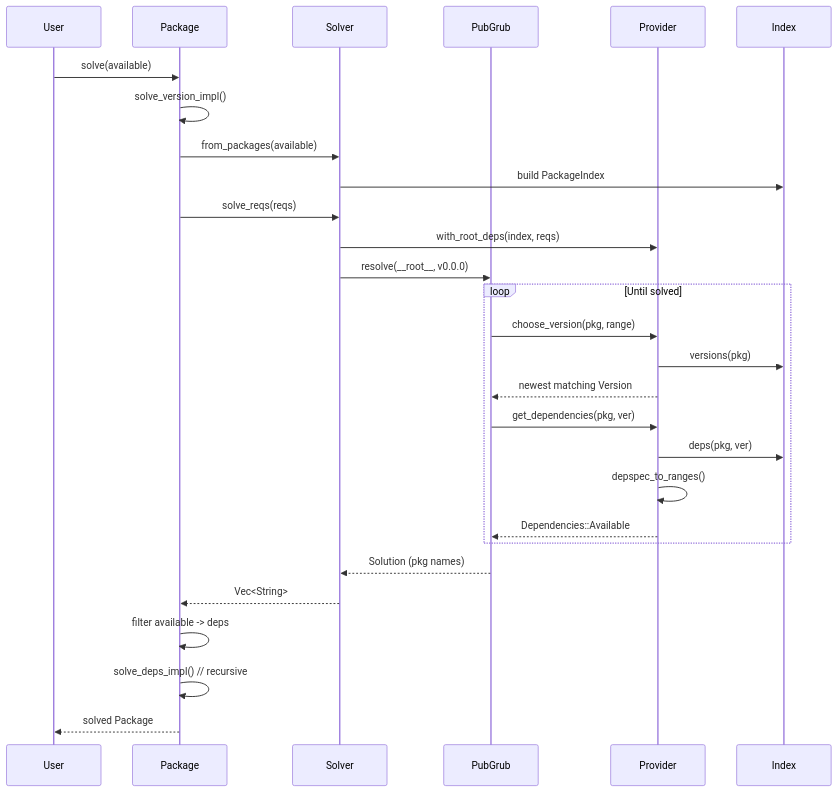
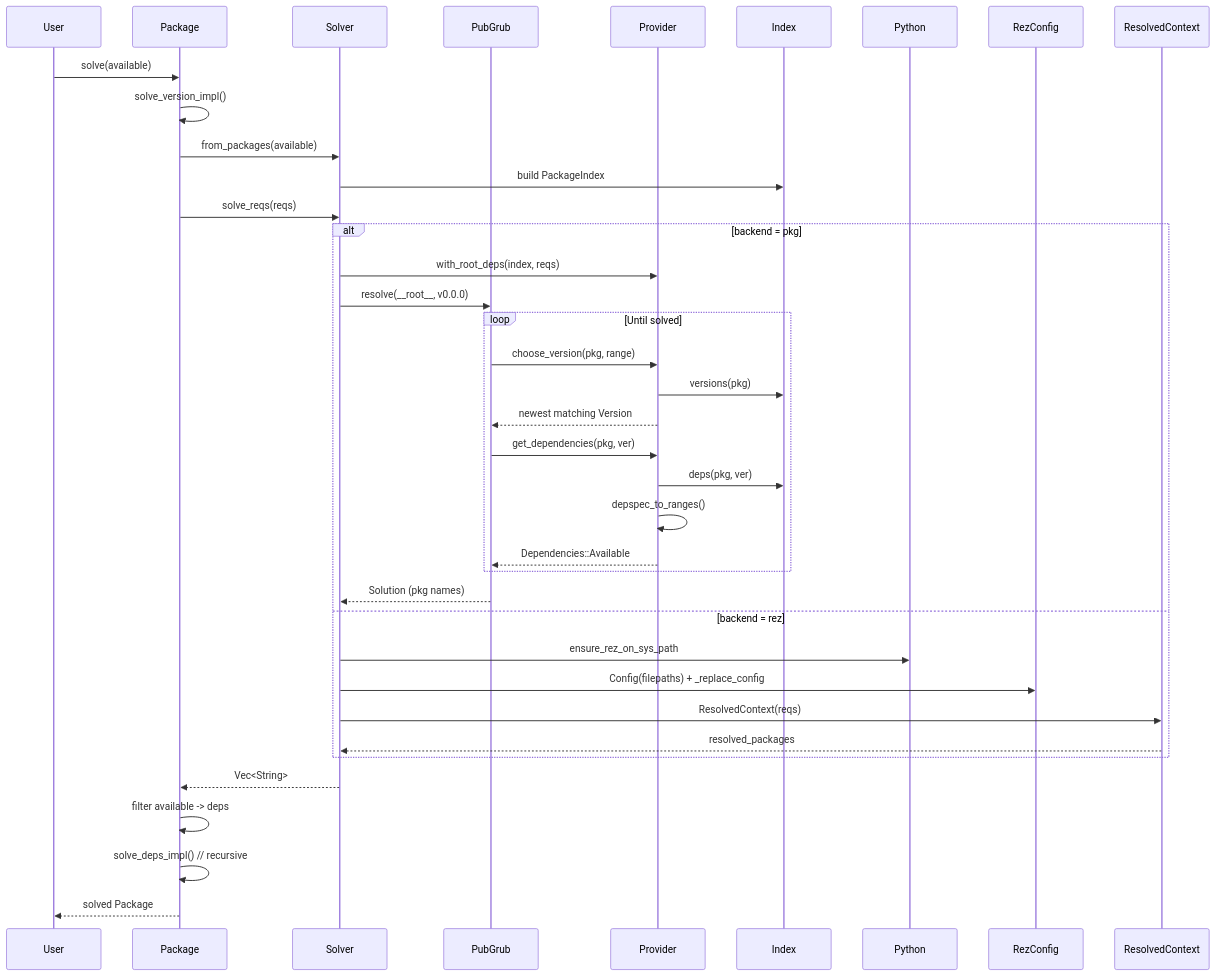
One commit to ssoj13/pkg-rs changed the fourth of 8 diagrams in AGENTS.md. Above: the diagram before and after it, drawn with Mermaid. The commit also changed other lines of this file and 773 other files, not shown here.

````diff
--- a/AGENTS.md
+++ b/AGENTS.md
@@ -261,38 +367,46 @@
 ```mermaid
 sequenceDiagram
     participant User
     participant Package
     participant Solver
     participant PubGrub
     participant Provider
     participant Index
+    participant Python
+    participant RezConfig
+    participant ResolvedContext
 
     User->>Package: solve(available)
     Package->>Package: solve_version_impl()
 
     Package->>Solver: from_packages(available)
     Solver->>Index: build PackageIndex
 
     Package->>Solver: solve_reqs(reqs)
-    Solver->>Provider: with_root_deps(index, reqs)
+    alt backend = pkg
+        Solver->>Provider: with_root_deps(index, reqs)
+        Solver->>PubGrub: resolve(__root__, v0.0.0)
+        loop Until solved
+            PubGrub->>Provider: choose_version(pkg, range)
+            Provider->>Index: versions(pkg)
+            Provider-->>PubGrub: newest matching Version
 
-    Solver->>PubGrub: resolve(__root__, v0.0.0)
-
-    loop Until solved
-        PubGrub->>Provider: choose_version(pkg, range)
-        Provider->>Index: versions(pkg)
-        Provider-->>PubGrub: newest matching Version
-
-        PubGrub->>Provider: get_dependencies(pkg, ver)
-        Provider->>Index: deps(pkg, ver)
-        Provider->>Provider: depspec_to_ranges()
-        Provider-->>PubGrub: Dependencies::Available
+            PubGrub->>Provider: get_dependencies(pkg, ver)
+            Provider->>Index: deps(pkg, ver)
+            Provider->>Provider: depspec_to_ranges()
+            Provider-->>PubGrub: Dependencies::Available
+        end
+        PubGrub-->>Solver: Solution (pkg names)
+    else backend = rez
+        Solver->>Python: ensure_rez_on_sys_path
+        Solver->>RezConfig: Config(filepaths) + _replace_config
+        Solver->>ResolvedContext: ResolvedContext(reqs)
+        ResolvedContext-->>Solver: resolved_packages
     end
 
-    PubGrub-->>Solver: Solution (pkg names)
     Solver-->>Package: Vec<String>
 
     Package->>Package: filter available -> deps
     Package->>Package: solve_deps_impl() // recursive
     Package-->>User: solved Package
 ```
````
